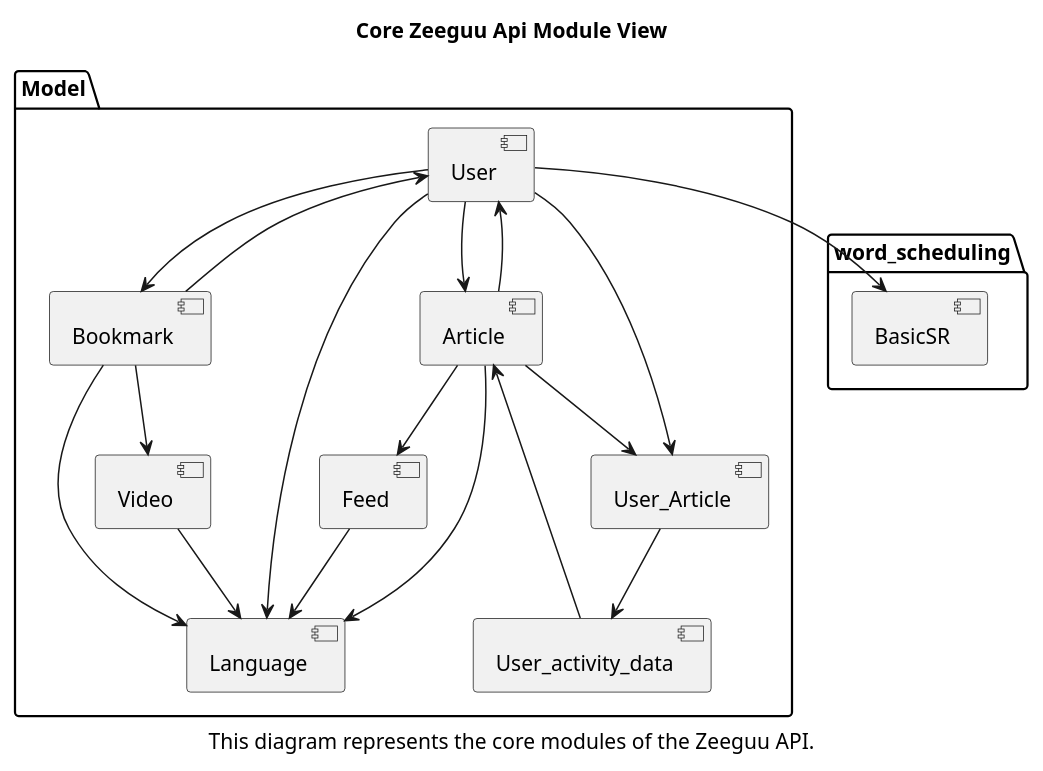
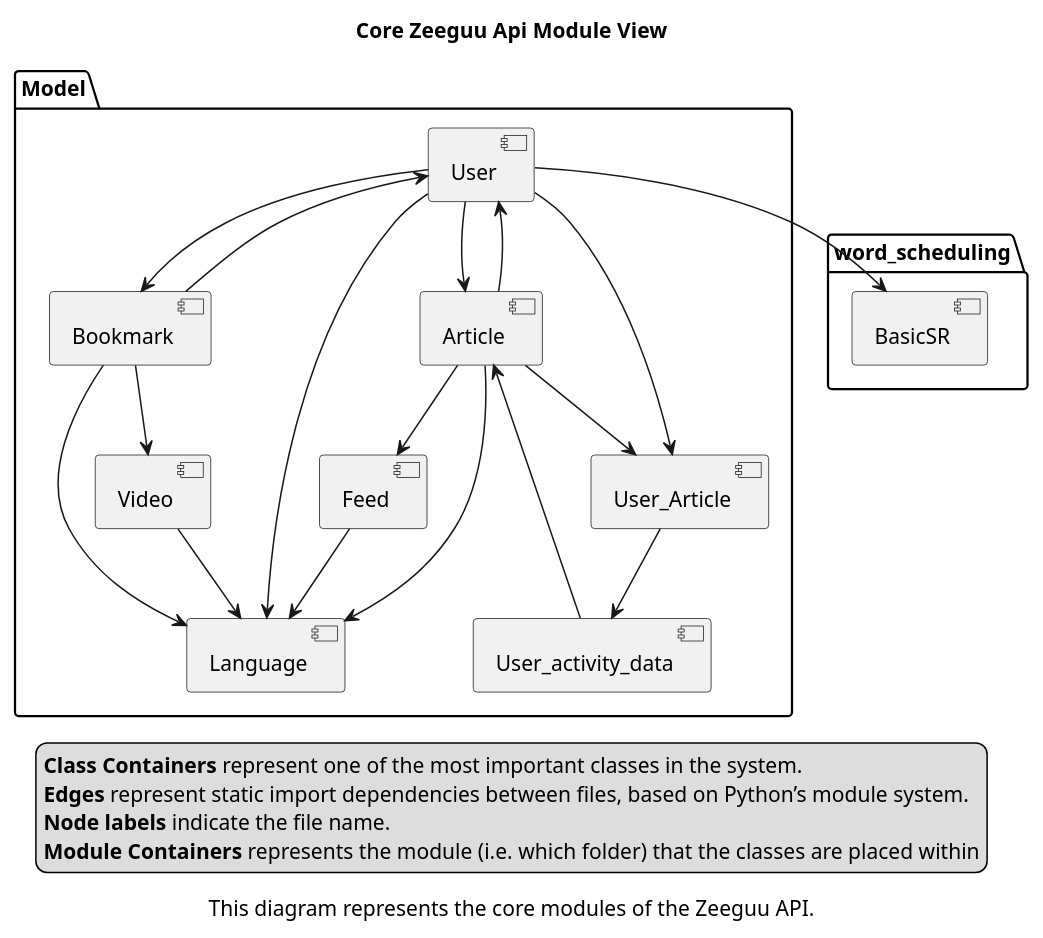
Before and after one commit to frederikgantriis/architectural_reconstruction: the diagram in diagrams/module_wiew.puml, drawn with PlantUML.

Commit message:
minor: add legend to diagram

```diff
--- a/diagrams/module_wiew.puml
+++ b/diagrams/module_wiew.puml
@@ -1,42 +1,51 @@
 @startuml ModuleView
 
 ' Title and description
 title Core Zeeguu Api Module View
 caption This diagram represents the core modules of the Zeeguu API.
 
 ' Define components/modules
 package "Model" {
     [User]
     [Bookmark]
     [Article]
     [User_Article]
     [User_activity_data]
     [Article]
     [Feed]
     [Video]
     [Language]
 }
 
 package "word_scheduling" {
     [BasicSR]
 }
 
 ' Relationships between components
 [User] --> [Bookmark]
 [User] --> [User_Article] 
 [User] --> [Language]
 [User] --> [Article]
 [User] --> [BasicSR]
 [Article] --> [User]
 [Article] --> [User_Article]
 [Article] --> [Feed]
 [Article] --> [Language]
 [Bookmark] --> [User]
 [Bookmark] --> [Video]
 [Bookmark] --> [Language] 
 [User_Article] --> [User_activity_data]
 [User_activity_data] --> [Article]
 [Feed] --> [Language]
 [Video] --> [Language]
 
+legend
+    <b>Class Containers</b> represent one of the most important classes in the system.
+    <b>Edges</b> represent static import dependencies between files, based on Python’s module system.
+    <b>Node labels</b> indicate the file name.
+    <b>Module Containers</b> represents the module (i.e. which folder) that the classes are placed within
+endlegend
+
+
+
 @enduml
```
